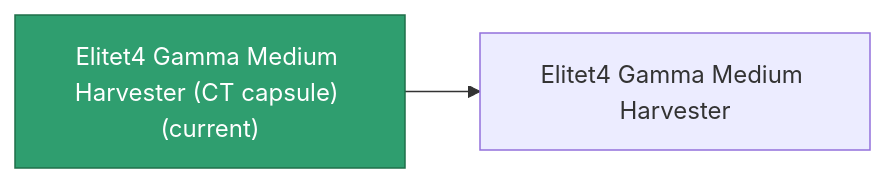
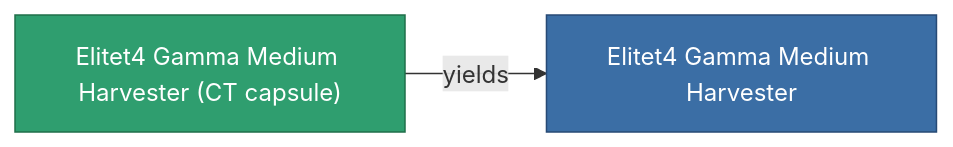
The diagram in content/content/items/elitet4_gamma_medium_harvester_CT_capsule.md (OpenPerpetuum/Wiki), drawn with Mermaid before and after one commit. The commit also changed other lines of this file and 2015 other files, not shown here.

````diff
--- a/content/content/items/elitet4_gamma_medium_harvester_CT_capsule.md
+++ b/content/content/items/elitet4_gamma_medium_harvester_CT_capsule.md
@@ -33,8 +33,9 @@
 ```mermaid
 graph LR
-    a["Elitet4 Gamma Medium Harvester (CT capsule) (current)"]:::current
-    b["Elitet4 Gamma Medium Harvester"]
-    a --> b
-    click b "/content/items/elitet4-gamma-medium-harvester/" "Elitet4 Gamma Medium Harvester"
+    a["Elitet4 Gamma Medium Harvester (CT capsule)"]:::current
+    b["Elitet4 Gamma Medium Harvester"]:::finished
+    a -->|yields| b
+                click b "/content/items/elitet4-gamma-medium-harvester/" "Elitet4 Gamma Medium Harvester"
     classDef current fill:#2f9e6f,stroke:#1f6f4a,color:#ffffff
+    classDef finished fill:#3b6ea5,stroke:#274a75,color:#ffffff
 ```
````
